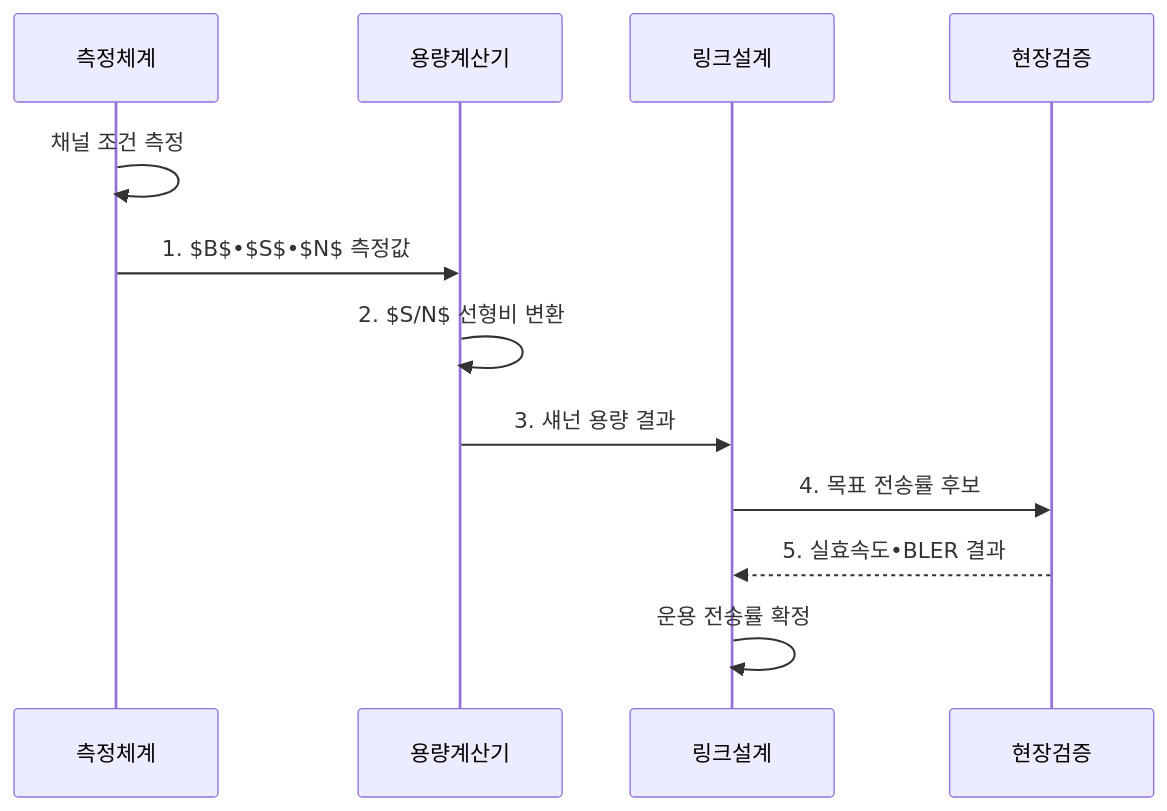
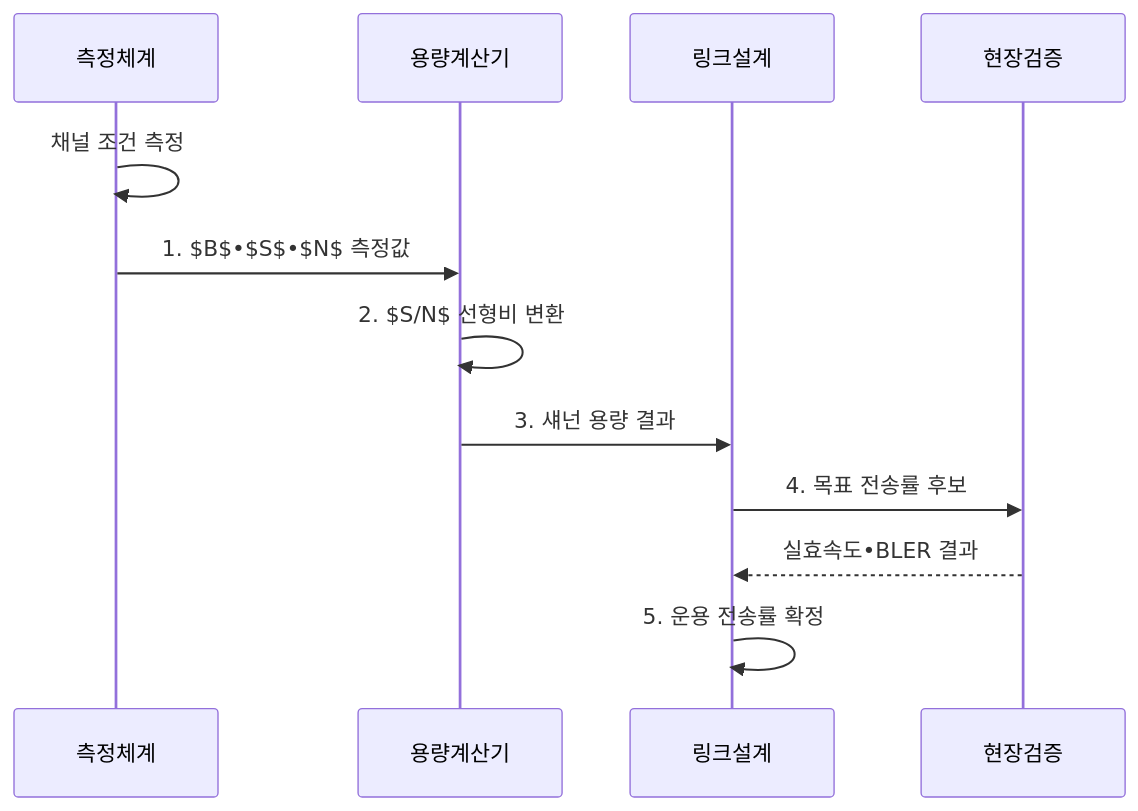
One commit to agnusdei1207/knowledge-base changed the second of 2 diagrams in src/content/docs/notes/04-network/065_shannon_channel_capacity.md. Above: the diagram before and after it, drawn with Mermaid. The commit also changed other lines of this file and 10 other files, not shown here.

````diff
--- a/src/content/docs/notes/04-network/065_shannon_channel_capacity.md
+++ b/src/content/docs/notes/04-network/065_shannon_channel_capacity.md
@@ -105,14 +105,14 @@
 ```mermaid
 sequenceDiagram
     participant 측정체계
     participant 용량계산기
     participant 링크설계
     participant 현장검증
     측정체계->>측정체계: 채널 조건 측정
     측정체계->>용량계산기: 1. $B$•$S$•$N$ 측정값
     용량계산기->>용량계산기: 2. $S/N$ 선형비 변환
     용량계산기->>링크설계: 3. 섀넌 용량 결과
     링크설계->>현장검증: 4. 목표 전송률 후보
-    현장검증-->>링크설계: 5. 실효속도•BLER 결과
-    링크설계->>링크설계: 운용 전송률 확정
+    현장검증-->>링크설계: 실효속도•BLER 결과
+    링크설계->>링크설계: 5. 운용 전송률 확정
 ```
````
